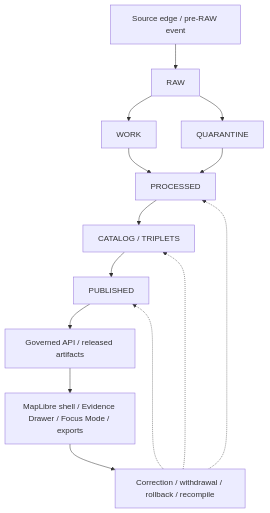
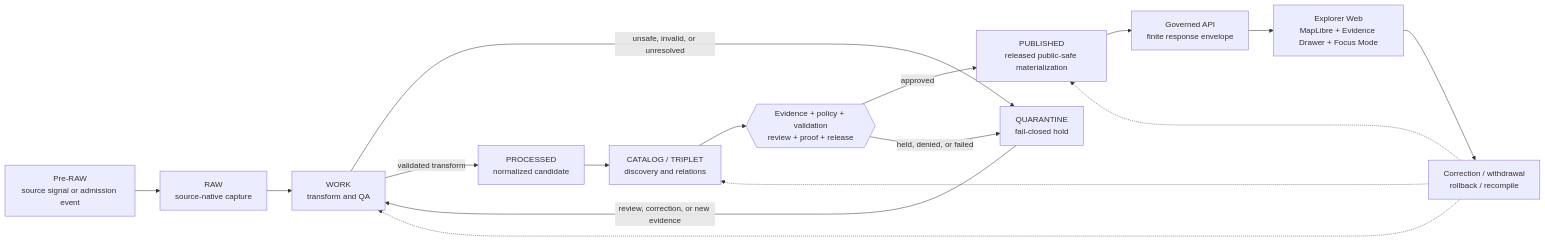
The first of 2 diagrams in docs/wiki/Architecture.md (bartytime4life/Kansas-Frontier-Matrix), drawn with Mermaid before and after one commit. The commit also changed other lines of this file, not shown here.

Commit message:
docs(wiki): modernize and polish Architecture

````diff
--- a/docs/wiki/Architecture.md
+++ b/docs/wiki/Architecture.md
@@ -17,16 +57,18 @@
 ```mermaid
-flowchart TD
-    A["Source edge / pre-RAW event"] --> B["RAW"]
-    B --> C["WORK"]
-    B --> Q["QUARANTINE"]
-    C --> D["PROCESSED"]
-    Q --> D
-    D --> E["CATALOG / TRIPLETS"]
-    E --> F["PUBLISHED"]
-    F --> G["Governed API / released artifacts"]
-    G --> H["MapLibre shell / Evidence Drawer / Focus Mode / exports"]
-    H --> I["Correction / withdrawal / rollback / recompile"]
-    I -.-> D
-    I -.-> E
-    I -.-> F
+flowchart LR
+    PRE["Pre-RAW<br/>source signal or admission event"] --> RAW["RAW<br/>source-native capture"]
+    RAW --> WORK["WORK<br/>transform and QA"]
+    WORK -- "unsafe, invalid, or unresolved" --> QUAR["QUARANTINE<br/>fail-closed hold"]
+    QUAR -- "review, correction, or new evidence" --> WORK
+    WORK -- "validated transform" --> PROC["PROCESSED<br/>normalized candidate"]
+    PROC --> CAT["CATALOG / TRIPLET<br/>discovery and relations"]
+    CAT --> GATE{{"Evidence + policy + validation<br/>review + proof + release"}}
+    GATE -- "approved" --> PUB["PUBLISHED<br/>released public-safe materialization"]
+    GATE -- "held, denied, or failed" --> QUAR
+    PUB --> API["Governed API<br/>finite response envelope"]
+    API --> UX["Explorer Web<br/>MapLibre + Evidence Drawer + Focus Mode"]
+    UX --> FIX["Correction / withdrawal<br/>rollback / recompile"]
+    FIX -.-> WORK
+    FIX -.-> CAT
+    FIX -.-> PUB
 ```
````
